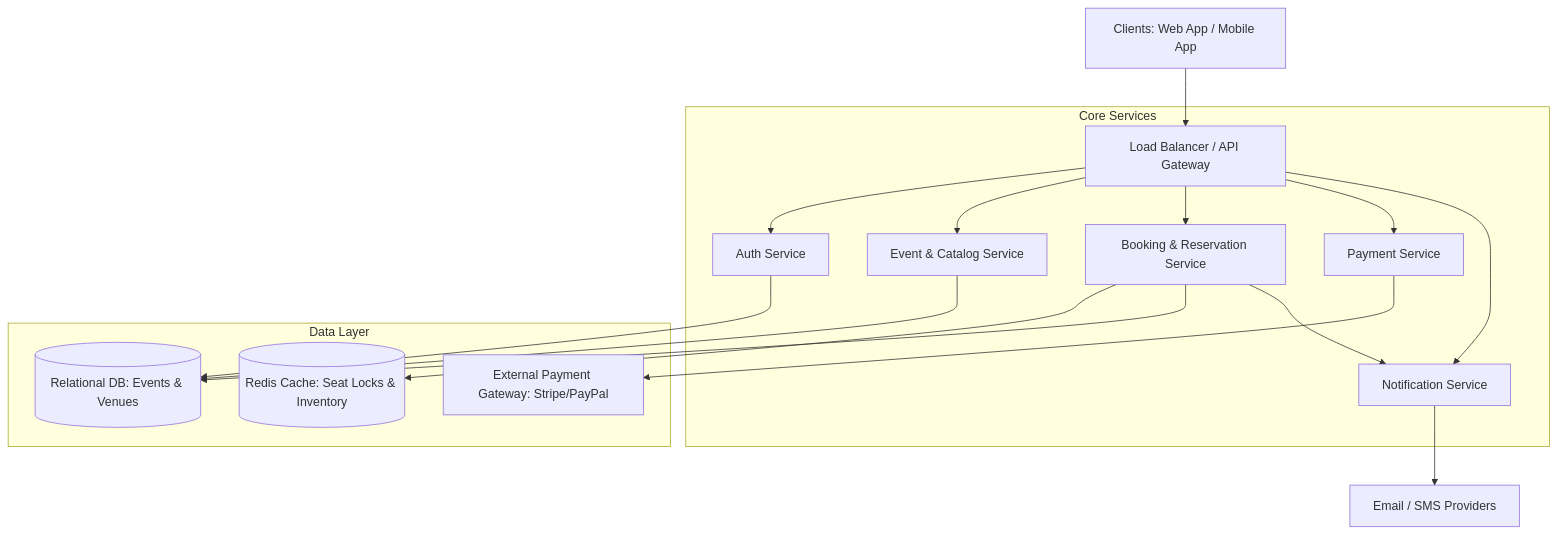
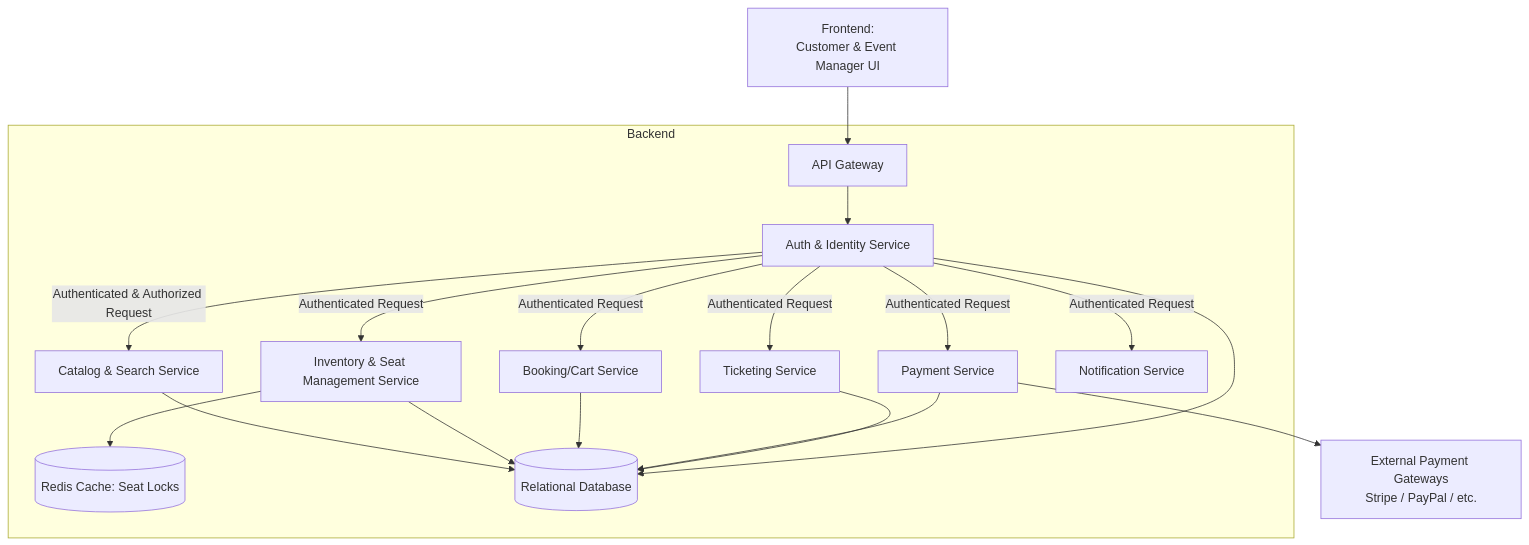
Before and after one commit to gcuatem/dotnet-intermediate: the diagram in task1/Task1.md, drawn with Mermaid. The commit also changed 2 other files, not shown here.

Commit message:
Refactor architecture diagrams and add sequence diagram for booking process

````diff
--- a/task1/Task1.md
+++ b/task1/Task1.md
@@ -1,23 +1,24 @@
 ```mermaid
 graph TD
-    Client[Clients: Web App / Mobile App] --> LB[Load Balancer / API Gateway]
-
-    subgraph Core_Services [Core Services]
-        LB --> Auth[Auth Service]
-        LB --> EventSvc[Event & Catalog Service]
-        LB --> BookingSvc[Booking & Reservation Service]
-        LB --> PaymentSvc[Payment Service]
-        LB --> NotifSvc[Notification Service]
+    Client[Frontend:<br>Customer & Event Manager UI] --> APIGateway[API Gateway]
+    
+    AuthSvc -->|Authenticated & Authorized Request| EventMgmtSvc["Catalog & Search Service"]
+    AuthSvc -->|Authenticated Request| InventorySvc["Inventory & Seat Management Service"]
+    AuthSvc -->|Authenticated Request| BookingSvc[ Booking/Cart Service]
+    AuthSvc -->|Authenticated Request| TicketSvc["Ticketing Service"]
+    AuthSvc -->|Authenticated Request| PaymentSvc[Payment Service]
+    
+    PaymentSvc --> ExtGateway[External Payment Gateways<br/>Stripe / PayPal / etc.]
+    
+    subgraph Backend
+    AuthSvc -->|Authenticated Request| NotifSvc[Notification Service]
+        APIGateway --> AuthSvc[Auth & Identity Service<br/>]
+        InventorySvc --> Redis[(Redis Cache: Seat Locks)]
+        EventMgmtSvc --> DB[(Relational Database)]
+        InventorySvc --> DB
+        BookingSvc --> DB
+        PaymentSvc --> DB
+        TicketSvc --> DB
+        AuthSvc --> DB
     end
-
-    subgraph Data_Layer [Data Layer]
-        EventSvc --> RDS[(Relational DB: Events & Venues)]
-        BookingSvc --> Redis[(Redis Cache: Seat Locks & Inventory)]
-        BookingSvc --> RDS
-        Auth --> RDS
-        PaymentSvc --> PaymentGW[External Payment Gateway: Stripe/PayPal]
-    end
-
-    BookingSvc --> NotifSvc
-    NotifSvc --> EmailSMS[Email / SMS Providers]
 ```
````
